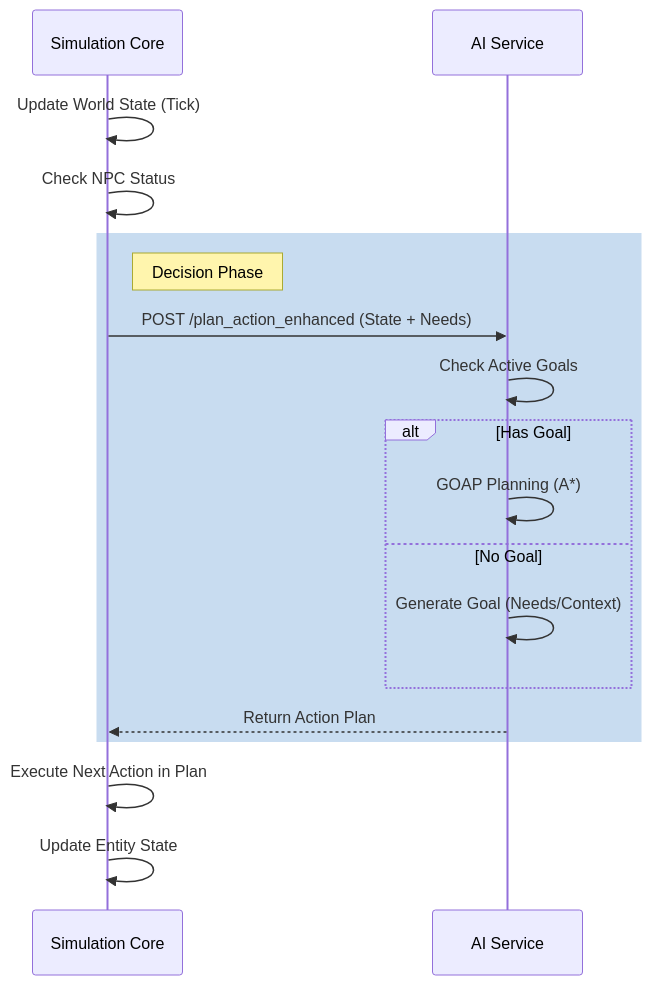
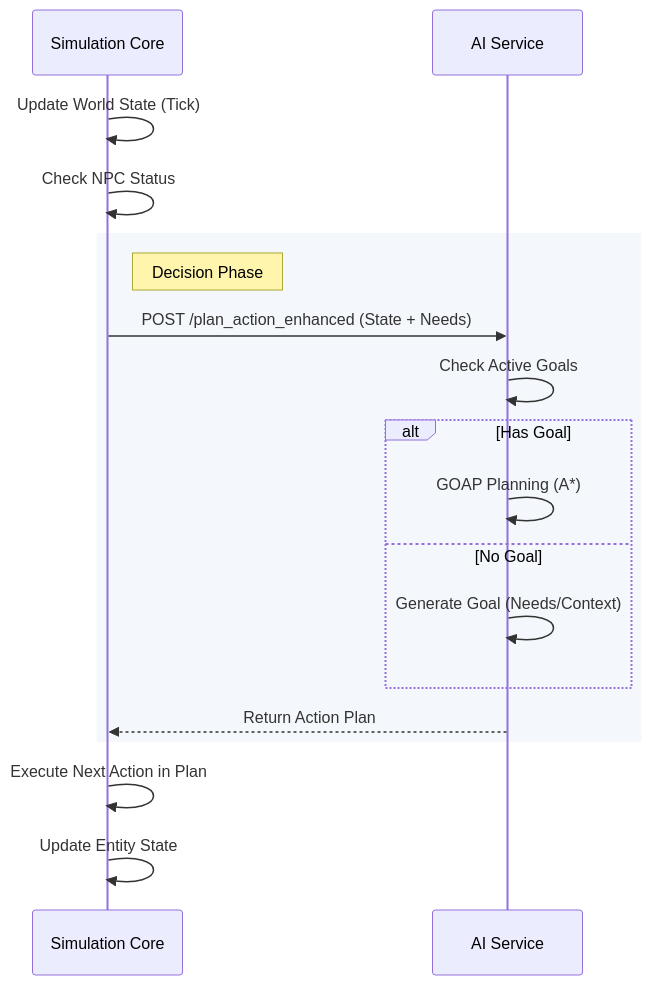
The diagram in docs/architecture/system-overview.md (erGoSky/MVP_TFOA_first_test), drawn with Mermaid before and after one commit.

Commit message:
docs: Update mermaid diagram color to use rgba for better transparency

````diff
--- a/docs/architecture/system-overview.md
+++ b/docs/architecture/system-overview.md
@@ -33,23 +33,23 @@
 ```mermaid
 sequenceDiagram
     participant TS as Simulation Core
     participant PY as AI Service
 
     TS->>TS: Update World State (Tick)
     TS->>TS: Check NPC Status
 
-    rect rgb(200, 220, 240)
+    rect rgba(200, 220, 240, 0.2)
         note right of TS: Decision Phase
         TS->>PY: POST /plan_action_enhanced (State + Needs)
         PY->>PY: Check Active Goals
         alt Has Goal
             PY->>PY: GOAP Planning (A*)
         else No Goal
             PY->>PY: Generate Goal (Needs/Context)
         end
         PY-->>TS: Return Action Plan
     end
 
     TS->>TS: Execute Next Action in Plan
     TS->>TS: Update Entity State
 ```
````
